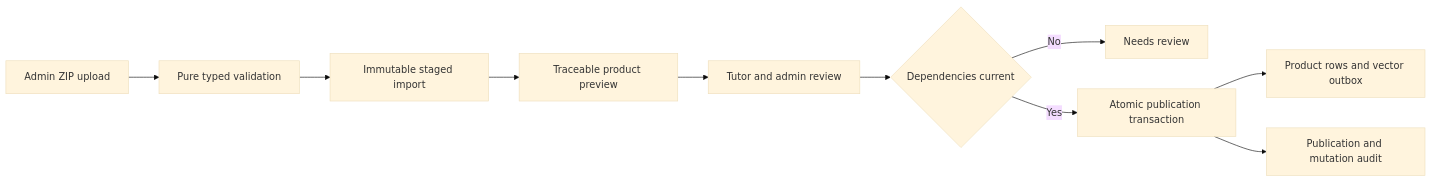
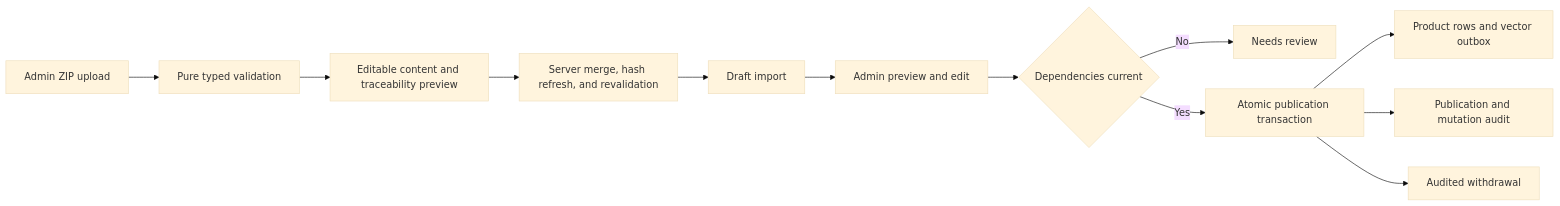
Before and after one commit to soezyxstt/zyxacademy: the fifth of 7 diagrams in docs/ARCHITECTURE.md, drawn with Mermaid (base theme). The commit also changed other lines of this file and 117 other files, not shown here.

````diff
--- a/docs/ARCHITECTURE.md
+++ b/docs/ARCHITECTURE.md
@@ -202,12 +220,14 @@
 ```mermaid
 flowchart LR
     U[Admin ZIP upload] --> V[Pure typed validation]
-    V --> S[Immutable staged import]
-    S --> P[Traceable product preview]
-    P --> R[Tutor and admin review]
+    V --> P[Editable content and traceability preview]
+    P --> F[Server merge, hash refresh, and revalidation]
+    F --> S[Draft import]
+    S --> R[Admin preview and edit]
     R --> C{Dependencies current}
     C -->|No| H[Needs review]
     C -->|Yes| T[Atomic publication transaction]
     T --> O[Product rows and vector outbox]
     T --> A[Publication and mutation audit]
+    T --> W[Audited withdrawal]
 ```
````
